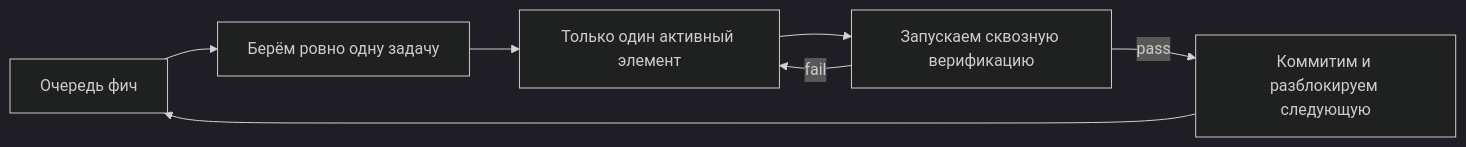
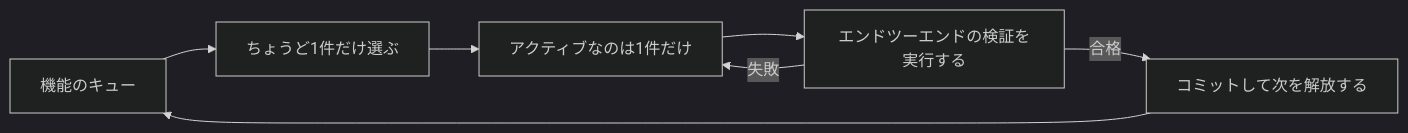
Before and after one commit to mkusaka/learn-harness-engineering: the first of 2 diagrams in docs/ru/lectures/lecture-07-why-agents-overreach-and-under-finish/index.md, drawn with Mermaid (dark theme). The commit also changed other lines of this file and 571 other files, not shown here.

````diff
--- a/docs/ru/lectures/lecture-07-why-agents-overreach-and-under-finish/index.md
+++ b/docs/ru/lectures/lecture-07-why-agents-overreach-and-under-finish/index.md
@@ -33,9 +33,9 @@
 ```mermaid
 flowchart LR
-    Queue["Очередь фич"] --> Pick["Берём ровно одну задачу"]
-    Pick --> Active["Только один активный элемент"]
-    Active --> Verify["Запускаем сквозную верификацию"]
-    Verify -->|pass| Commit["Коммитим и разблокируем следующую"]
-    Verify -->|fail| Active
+    Queue["機能のキュー"] --> Pick["ちょうど1件だけ選ぶ"]
+    Pick --> Active["アクティブなのは1件だけ"]
+    Active --> Verify["エンドツーエンドの検証を実行する"]
+    Verify -->|合格| Commit["コミットして次を解放する"]
+    Verify -->|失敗| Active
     Commit --> Queue
 ```
````
